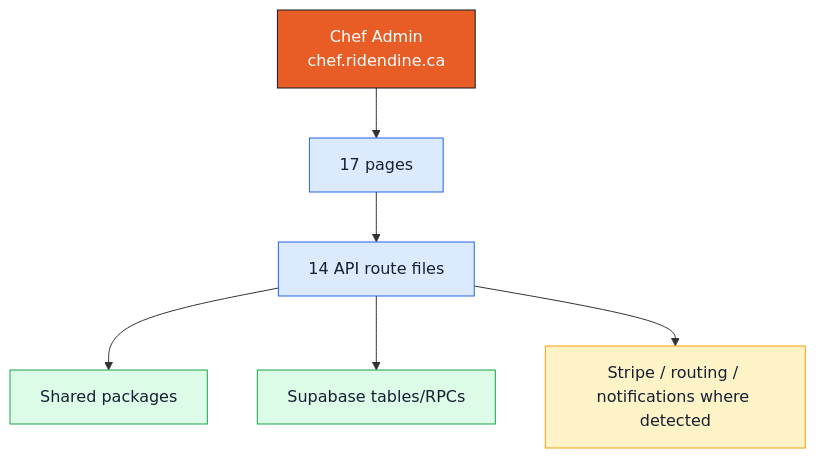
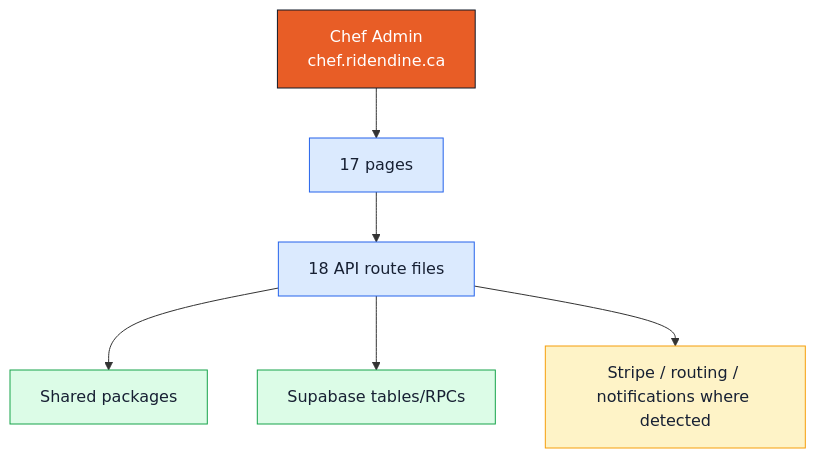
Before and after one commit to Ritenoob/ridendine-marketplace: the diagram in docs/architecture/codebase-map/apps/chef-admin.md, drawn with Mermaid. The commit also changed other lines of this file and 50 other files, not shown here.

````diff
--- a/docs/architecture/codebase-map/apps/chef-admin.md
+++ b/docs/architecture/codebase-map/apps/chef-admin.md
@@ -20,18 +20,18 @@
 ```mermaid
 flowchart TB
   classDef app fill:#e85d26,stroke:#111827,color:#ffffff
   classDef api fill:#dbeafe,stroke:#2563eb,color:#172033
   classDef data fill:#dcfce7,stroke:#16a34a,color:#172033
   classDef warn fill:#fef3c7,stroke:#f59e0b,color:#172033
   App["Chef Admin<br/>chef.ridendine.ca"]:::app
   Pages["17 pages"]:::api
-  APIs["14 API route files"]:::api
+  APIs["18 API route files"]:::api
   Shared["Shared packages"]:::data
   DB["Supabase tables/RPCs"]:::data
   External["Stripe / routing / notifications where detected"]:::warn
   App --> Pages
   Pages --> APIs
   APIs --> Shared
   APIs --> DB
   APIs --> External
 ```
````
